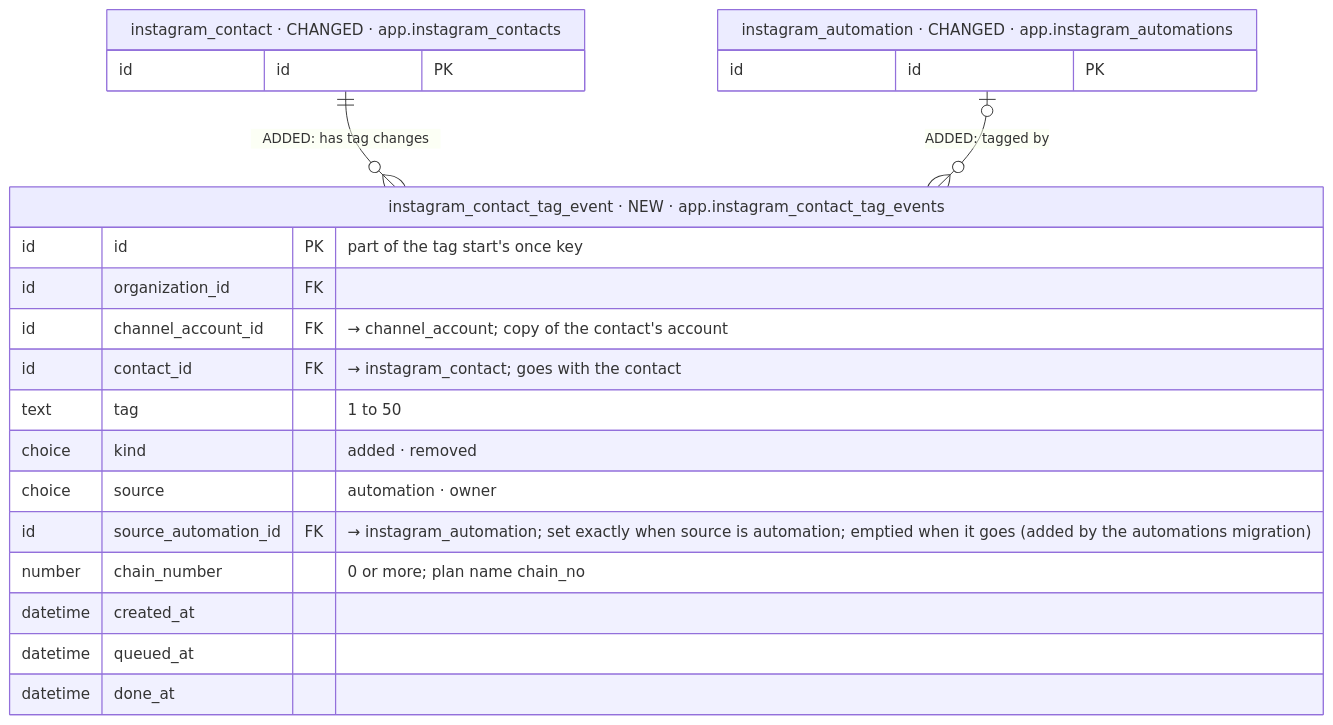
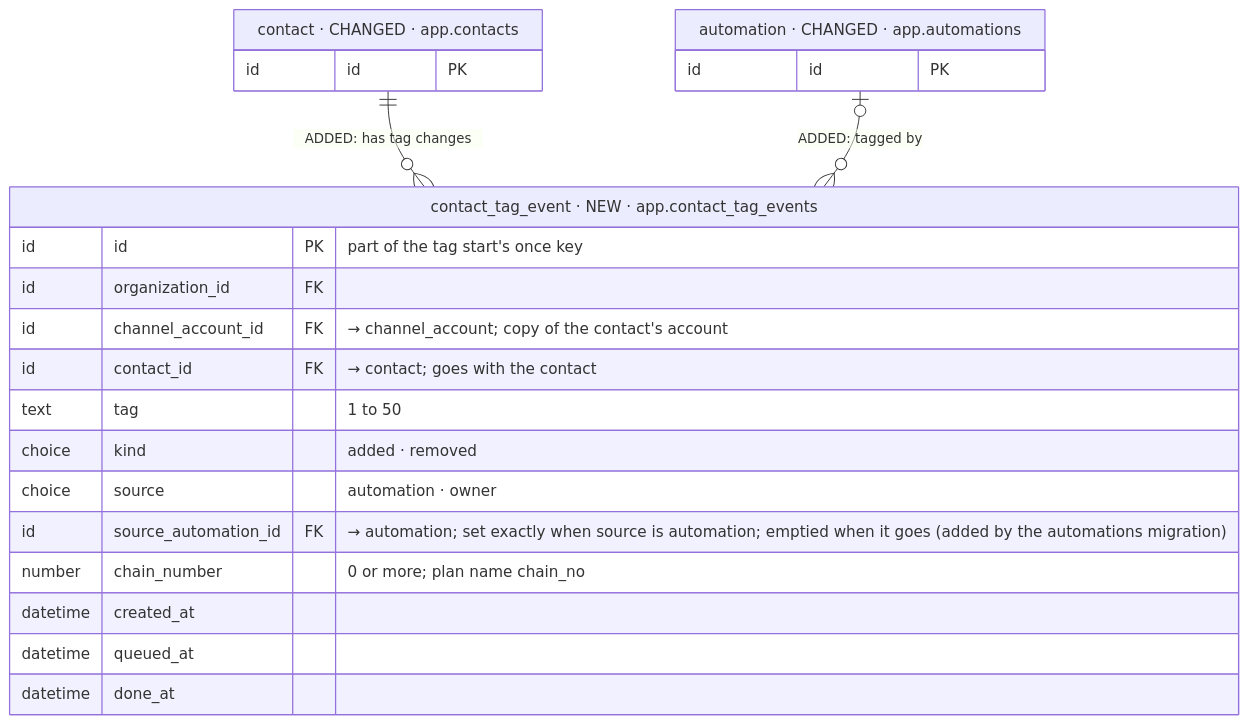
The tenth of 40 diagrams in iterations/feat-instagram-dm-sending-2026-11-23-oxak/plans/db-changes.md (albetrios/meepzo-be), drawn with Mermaid before and after one commit. The commit also changed other lines of this file and 2 other files, not shown here.

````diff
--- a/iterations/feat-instagram-dm-sending-2026-11-23-oxak/plans/db-changes.md
+++ b/iterations/feat-instagram-dm-sending-2026-11-23-oxak/plans/db-changes.md
@@ -615,25 +646,25 @@
 ```mermaid
 erDiagram
-  instagram_contact_tag_event["instagram_contact_tag_event · NEW · app.instagram_contact_tag_events"] {
+  contact_tag_event["contact_tag_event · NEW · app.contact_tag_events"] {
     id id PK "part of the tag start's once key"
     id organization_id FK
     id channel_account_id FK "→ channel_account; copy of the contact's account"
-    id contact_id FK "→ instagram_contact; goes with the contact"
+    id contact_id FK "→ contact; goes with the contact"
     text tag "1 to 50"
     choice kind "added · removed"
     choice source "automation · owner"
-    id source_automation_id FK "→ instagram_automation; set exactly when source is automation; emptied when it goes (added by the automations migration)"
+    id source_automation_id FK "→ automation; set exactly when source is automation; emptied when it goes (added by the automations migration)"
     number chain_number "0 or more; plan name chain_no"
     datetime created_at
     datetime queued_at
     datetime done_at
   }
-  instagram_contact["instagram_contact · CHANGED · app.instagram_contacts"] {
+  contact["contact · CHANGED · app.contacts"] {
     id id PK
   }
-  instagram_automation["instagram_automation · CHANGED · app.instagram_automations"] {
+  automation["automation · CHANGED · app.automations"] {
     id id PK
   }
-  instagram_contact ||--o{ instagram_contact_tag_event : "ADDED: has tag changes"
-  instagram_automation |o--o{ instagram_contact_tag_event : "ADDED: tagged by"
+  contact ||--o{ contact_tag_event : "ADDED: has tag changes"
+  automation |o--o{ contact_tag_event : "ADDED: tagged by"
 ```
````
